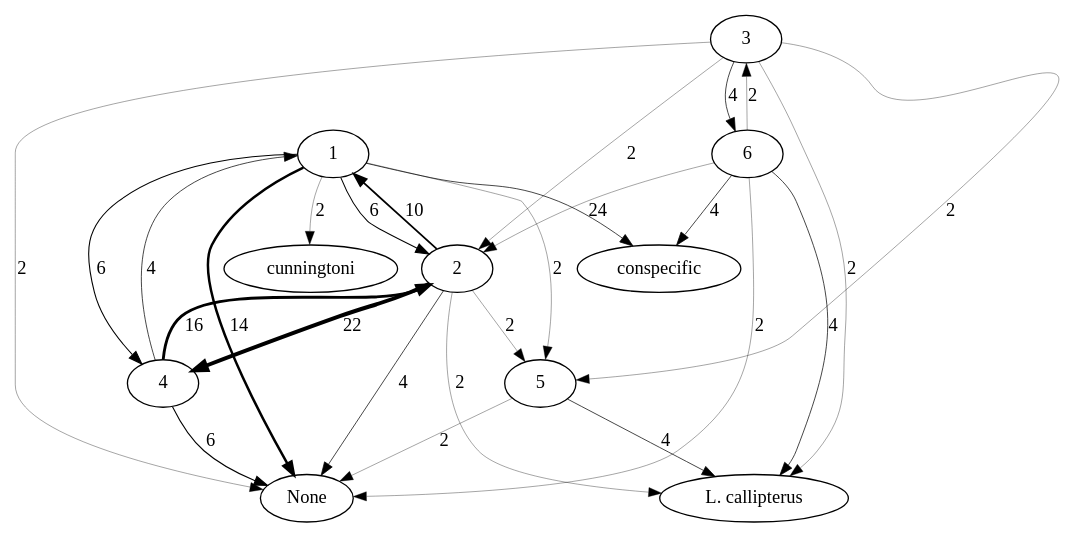
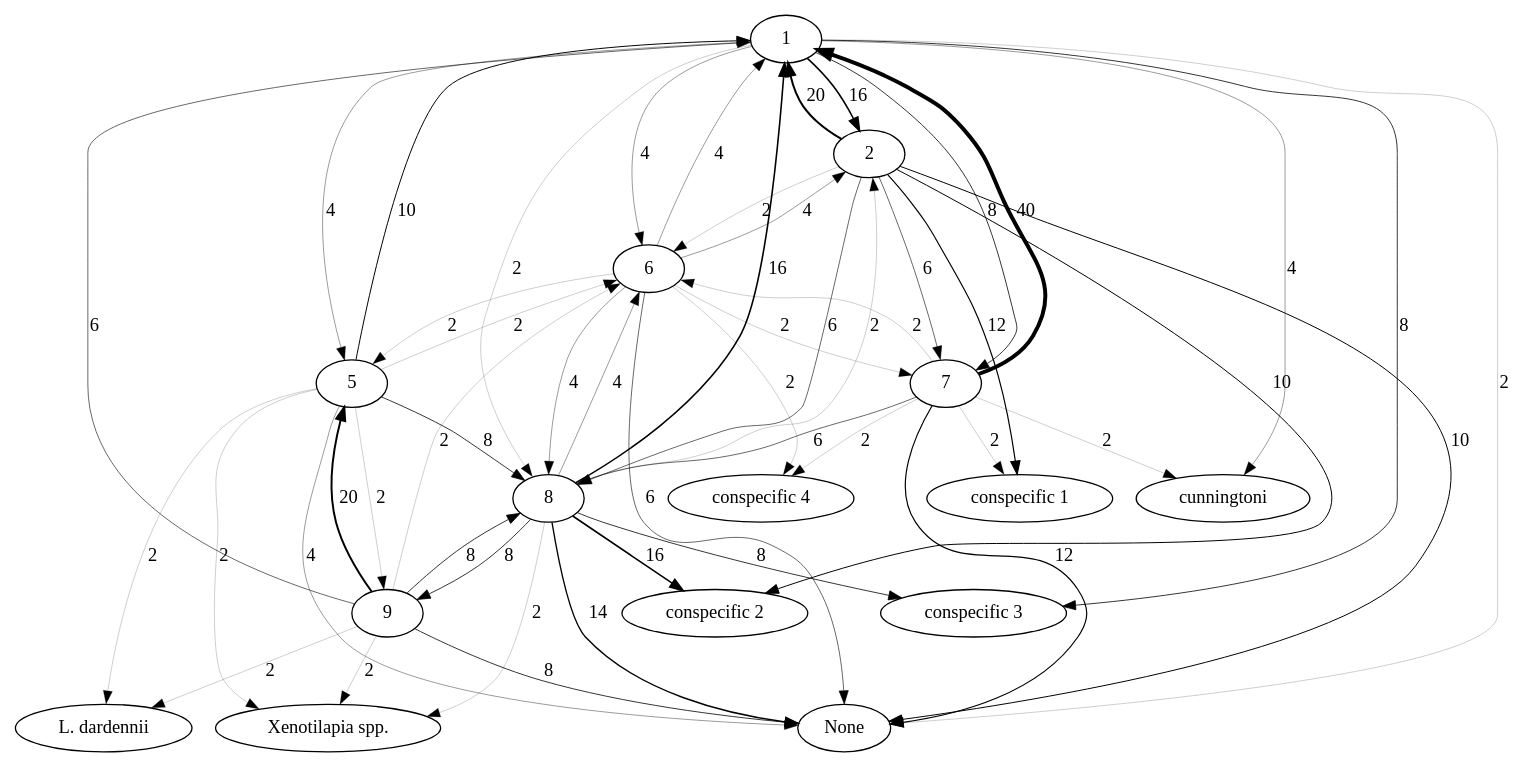
The diagram in images/interactions.gv (nicolkraus/AnalyzeBehavior), drawn with Graphviz before and after one commit. The commit also changed 4 other files, not shown here.

Commit message:
colored graph

```diff
--- a/images/interactions.gv
+++ b/images/interactions.gv
@@ -1,38 +1,68 @@
 strict digraph  {
 1;
 2;
-4;
 5;
+6;
+7;
+8;
 None;
-conspecific;
+"conspecific 3";
 cunningtoni;
-"L. callipterus";
-3;
-6;
-1 -> 2  [label=6, penwidth="0.8181818181818182"];
-1 -> 4  [label=6, penwidth="0.8181818181818182"];
-1 -> 5  [label=2, penwidth="0.2727272727272727"];
-1 -> None  [label=14, penwidth="1.9090909090909092"];
-1 -> conspecific  [label=4, penwidth="0.5454545454545454"];
-1 -> cunningtoni  [label=2, penwidth="0.2727272727272727"];
-2 -> 1  [label=10, penwidth="1.3636363636363635"];
-2 -> 4  [label=22, penwidth="3.0"];
-2 -> 5  [label=2, penwidth="0.2727272727272727"];
-2 -> "L. callipterus"  [label=2, penwidth="0.2727272727272727"];
-2 -> None  [label=4, penwidth="0.5454545454545454"];
-4 -> 1  [label=4, penwidth="0.5454545454545454"];
-4 -> 2  [label=16, penwidth="2.1818181818181817"];
-4 -> None  [label=6, penwidth="0.8181818181818182"];
-5 -> "L. callipterus"  [label=4, penwidth="0.5454545454545454"];
-5 -> None  [label=2, penwidth="0.2727272727272727"];
-3 -> 2  [label=2, penwidth="0.2727272727272727"];
-3 -> 5  [label=2, penwidth="0.2727272727272727"];
-3 -> 6  [label=4, penwidth="0.5454545454545454"];
-3 -> "L. callipterus"  [label=2, penwidth="0.2727272727272727"];
-3 -> None  [label=2, penwidth="0.2727272727272727"];
-6 -> 2  [label=2, penwidth="0.2727272727272727"];
-6 -> 3  [label=2, penwidth="0.2727272727272727"];
-6 -> "L. callipterus"  [label=4, penwidth="0.5454545454545454"];
-6 -> None  [label=2, penwidth="0.2727272727272727"];
-6 -> conspecific  [label=4, penwidth="0.5454545454545454"];
+"conspecific 1";
+"conspecific 2";
+9;
+"L. dardennii";
+"Xenotilapia spp.";
+"conspecific 4";
+1 -> 2  [label=16, penwidth="1.2"];
+1 -> 5  [label=4, penwidth="0.3"];
+1 -> 6  [label=4, penwidth="0.3"];
+1 -> 7  [label=8, penwidth="0.6"];
+1 -> 8  [label=2, penwidth="0.15"];
+1 -> None  [label=2, penwidth="0.15"];
+1 -> "conspecific 3"  [label=8, penwidth="0.6"];
+1 -> cunningtoni  [label=4, penwidth="0.3"];
+2 -> 1  [label=20, penwidth="1.5"];
+2 -> 6  [label=2, penwidth="0.15"];
+2 -> 7  [label=6, penwidth="0.45"];
+2 -> 8  [label=6, penwidth="0.45"];
+2 -> None  [label=10, penwidth="0.75"];
+2 -> "conspecific 1"  [label=12, penwidth="0.9"];
+2 -> "conspecific 2"  [label=10, penwidth="0.75"];
+5 -> 1  [label=10, penwidth="0.75"];
+5 -> 6  [label=2, penwidth="0.15"];
+5 -> 8  [label=8, penwidth="0.6"];
+5 -> 9  [label=2, penwidth="0.15"];
+5 -> "L. dardennii"  [label=2, penwidth="0.15"];
+5 -> None  [label=4, penwidth="0.3"];
+5 -> "Xenotilapia spp."  [label=2, penwidth="0.15"];
+6 -> 1  [label=4, penwidth="0.3"];
+6 -> 2  [label=4, penwidth="0.3"];
+6 -> 5  [label=2, penwidth="0.15"];
+6 -> 7  [label=2, penwidth="0.15"];
+6 -> 8  [label=4, penwidth="0.3"];
+6 -> None  [label=6, penwidth="0.45"];
+6 -> "conspecific 4"  [label=2, penwidth="0.15"];
+7 -> 1  [label=40, penwidth="3.0"];
+7 -> 6  [label=2, penwidth="0.15"];
+7 -> 8  [label=6, penwidth="0.45"];
+7 -> None  [label=12, penwidth="0.9"];
+7 -> "conspecific 1"  [label=2, penwidth="0.15"];
+7 -> "conspecific 4"  [label=2, penwidth="0.15"];
+7 -> cunningtoni  [label=2, penwidth="0.15"];
+8 -> 1  [label=16, penwidth="1.2"];
+8 -> 2  [label=2, penwidth="0.15"];
+8 -> 6  [label=4, penwidth="0.3"];
+8 -> 9  [label=8, penwidth="0.6"];
+8 -> None  [label=14, penwidth="1.05"];
+8 -> "Xenotilapia spp."  [label=2, penwidth="0.15"];
+8 -> "conspecific 2"  [label=16, penwidth="1.2"];
+8 -> "conspecific 3"  [label=8, penwidth="0.6"];
+9 -> 1  [label=6, penwidth="0.45"];
+9 -> 5  [label=20, penwidth="1.5"];
+9 -> 6  [label=2, penwidth="0.15"];
+9 -> 8  [label=8, penwidth="0.6"];
+9 -> "L. dardennii"  [label=2, penwidth="0.15"];
+9 -> None  [label=8, penwidth="0.6"];
+9 -> "Xenotilapia spp."  [label=2, penwidth="0.15"];
 }
```
